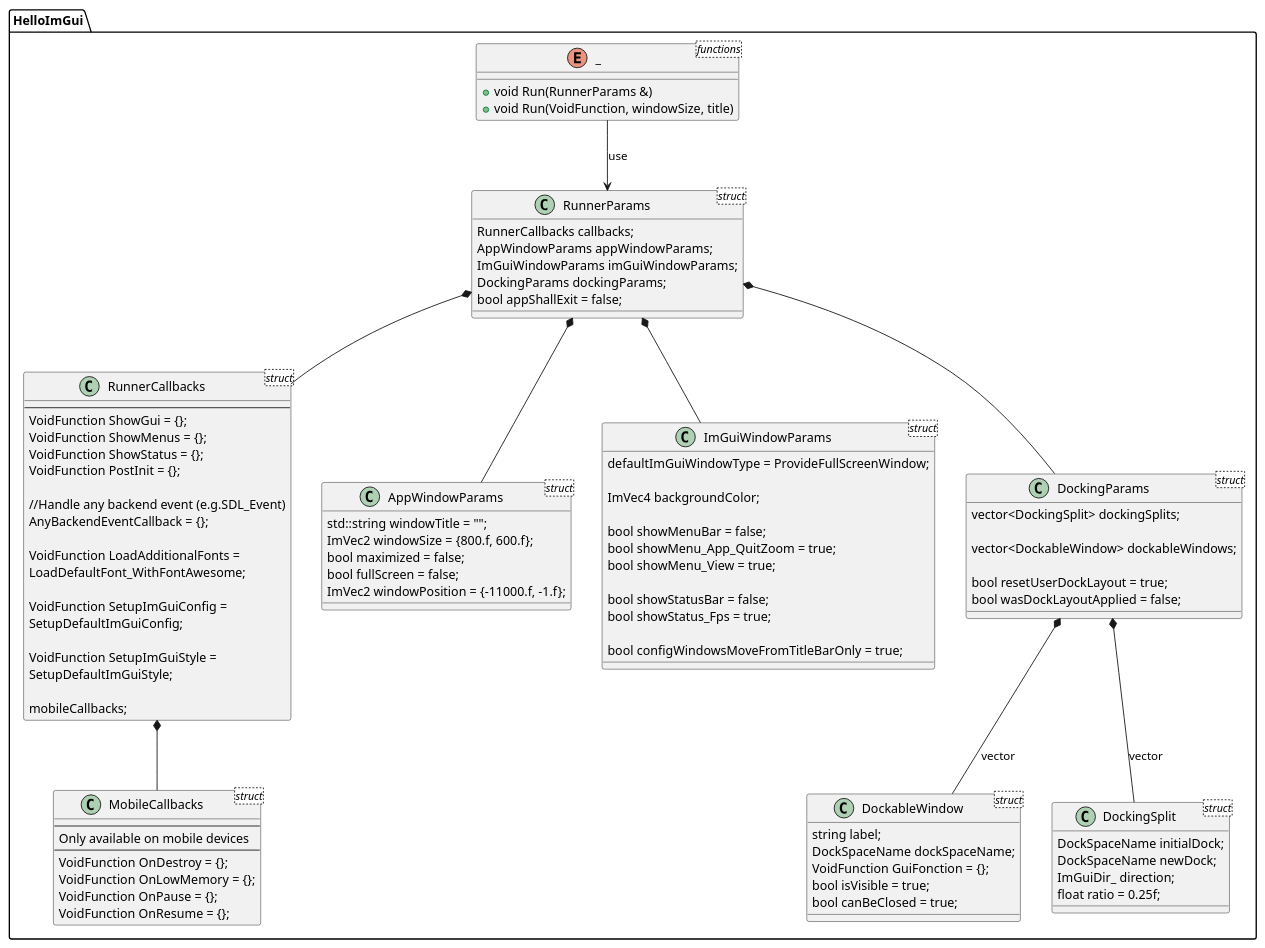
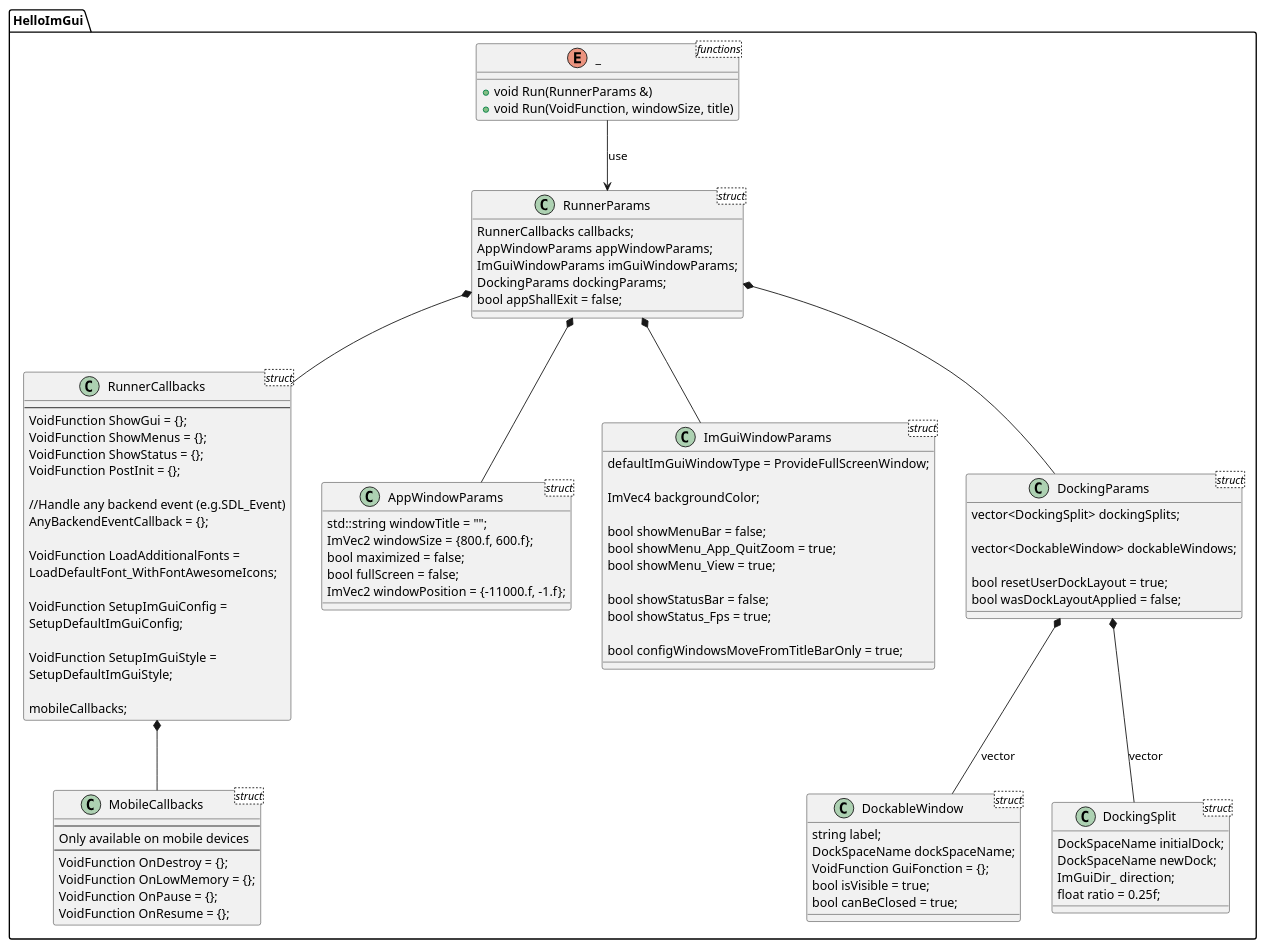
Before and after one commit to pthom/hello_imgui: the diagram in src/hello_imgui/doc_src/hello_imgui_diagram.puml, drawn with PlantUML. The commit also changed 8 other files, not shown here.

```diff
--- a/src/hello_imgui/doc_src/hello_imgui_diagram.puml
+++ b/src/hello_imgui/doc_src/hello_imgui_diagram.puml
@@ -1,108 +1,108 @@
 @startuml
 namespace HelloImGui {
 
 enum _ <functions>{
     + void Run(RunnerParams &)
     + void Run(VoidFunction, windowSize, title)
 }
 
 _ --> RunnerParams: use
 
 class RunnerParams <struct> {
     RunnerCallbacks callbacks;
     AppWindowParams appWindowParams;
     ImGuiWindowParams imGuiWindowParams;
     DockingParams dockingParams;
     bool appShallExit = false;
 }
 
 class RunnerCallbacks <struct> {
     ---
     VoidFunction ShowGui = {};
     VoidFunction ShowMenus = {};
     VoidFunction ShowStatus = {};
     VoidFunction PostInit = {};
 
     //Handle any backend event (e.g.SDL_Event)
     AnyBackendEventCallback = {};
 
     VoidFunction LoadAdditionalFonts =
-       LoadDefaultFont_WithFontAwesome;
+       LoadDefaultFont_WithFontAwesomeIcons;
 
     VoidFunction SetupImGuiConfig = 
       SetupDefaultImGuiConfig;
 
     VoidFunction SetupImGuiStyle = 
       SetupDefaultImGuiStyle;
 
     mobileCallbacks;
 }
 
 class MobileCallbacks <struct>{
     ---
     Only available on mobile devices
     ---
     VoidFunction OnDestroy = {};
     VoidFunction OnLowMemory = {};
     VoidFunction OnPause = {};
     VoidFunction OnResume = {};
 }
 RunnerCallbacks *-- MobileCallbacks
 
 class AppWindowParams <struct> {
     std::string windowTitle = "";
     ImVec2 windowSize = {800.f, 600.f};
     bool maximized = false;
     bool fullScreen = false;
     ImVec2 windowPosition = {-11000.f, -1.f};
 }
 
 class ImGuiWindowParams <struct> {
     defaultImGuiWindowType = ProvideFullScreenWindow;
 
     ImVec4 backgroundColor;
 
     bool showMenuBar = false;
     bool showMenu_App_QuitZoom = true;
     bool showMenu_View = true;
 
     bool showStatusBar = false;
     bool showStatus_Fps = true;
 
     bool configWindowsMoveFromTitleBarOnly = true;
 }
 
 class DockingParams <struct> {
     vector<DockingSplit> dockingSplits;
 
     vector<DockableWindow> dockableWindows;
 
     bool resetUserDockLayout = true;
     bool wasDockLayoutApplied = false;
 }
 
 class DockableWindow <struct> {
     string label;
     DockSpaceName dockSpaceName;
     VoidFunction GuiFonction = {};
     bool isVisible = true;
     bool canBeClosed = true;
 }
 
 class DockingSplit <struct> {
     DockSpaceName initialDock;
     DockSpaceName newDock;
     ImGuiDir_ direction;
     float ratio = 0.25f;
 }
 
 
 RunnerParams *-- RunnerCallbacks
 RunnerParams *-- AppWindowParams
 RunnerParams *-- ImGuiWindowParams
 RunnerParams *-- DockingParams
 DockingParams *-- DockableWindow : vector
 DockingParams *-- DockingSplit : vector
 
 }
 @enduml
```
